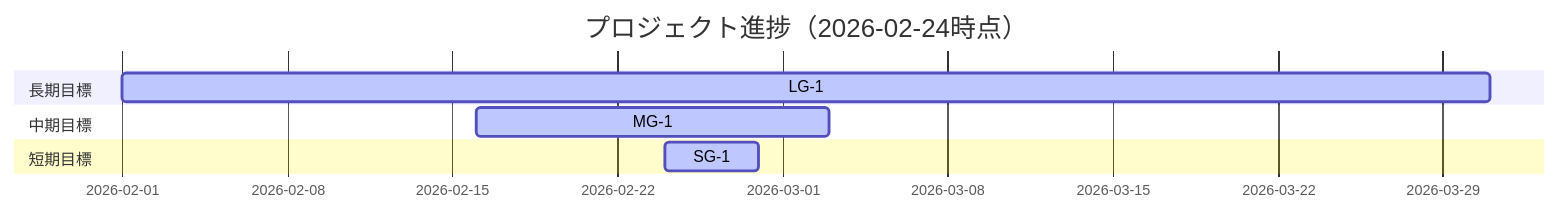
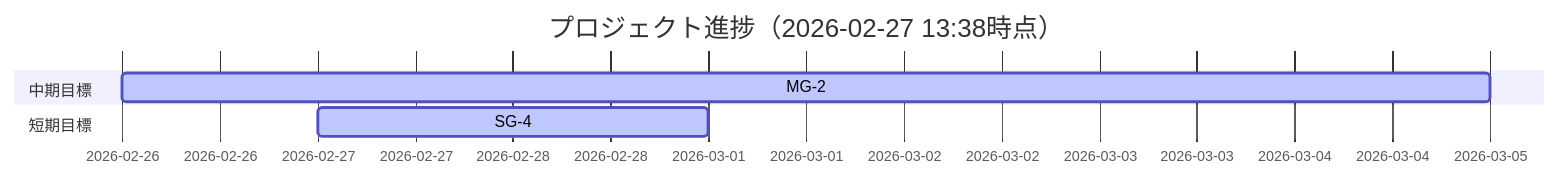
The diagram in docs/MILESTONE_PLAN.md (YuShimoji/99-Slops), drawn with Mermaid before and after one commit. The commit also changed other lines of this file and 8 other files, not shown here.

````diff
--- a/docs/MILESTONE_PLAN.md
+++ b/docs/MILESTONE_PLAN.md
@@ -53,11 +55,9 @@
 ```mermaid
 gantt
-    title プロジェクト進捗（2026-02-24時点）
+    title プロジェクト進捗（2026-02-27 13:38時点）
     dateFormat  YYYY-MM-DD
-    section 長期目標
-    LG-1            :active, lg1, 2026-02-01, 2026-03-31
     section 中期目標
-    MG-1            :active, mg1, 2026-02-16, 2026-03-03
+    MG-2            :active, mg2, 2026-02-26, 2026-03-05
     section 短期目標
-    SG-1            :active, sg1, 2026-02-24, 2026-02-28
+    SG-4            :active, sg4, 2026-02-27, 2026-03-01
 ```
````
